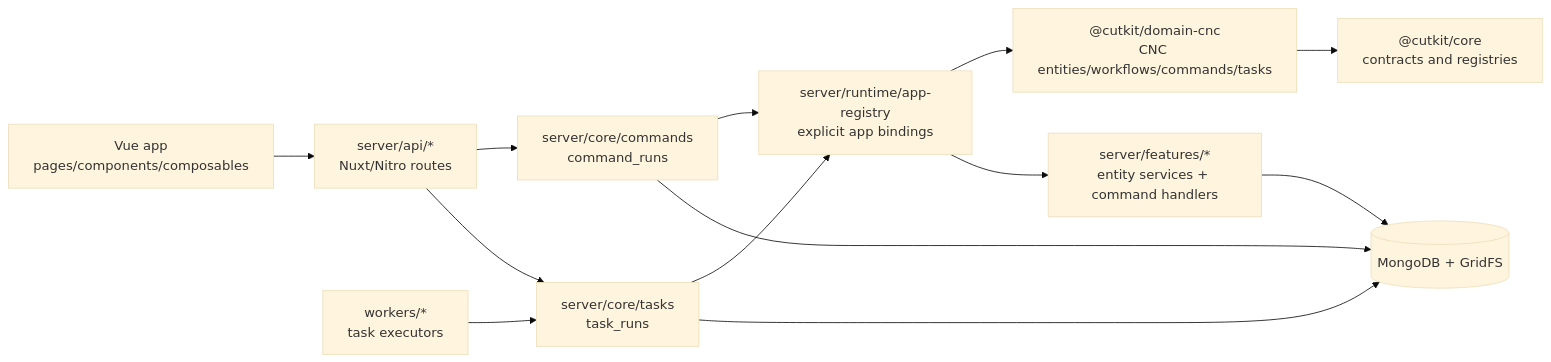
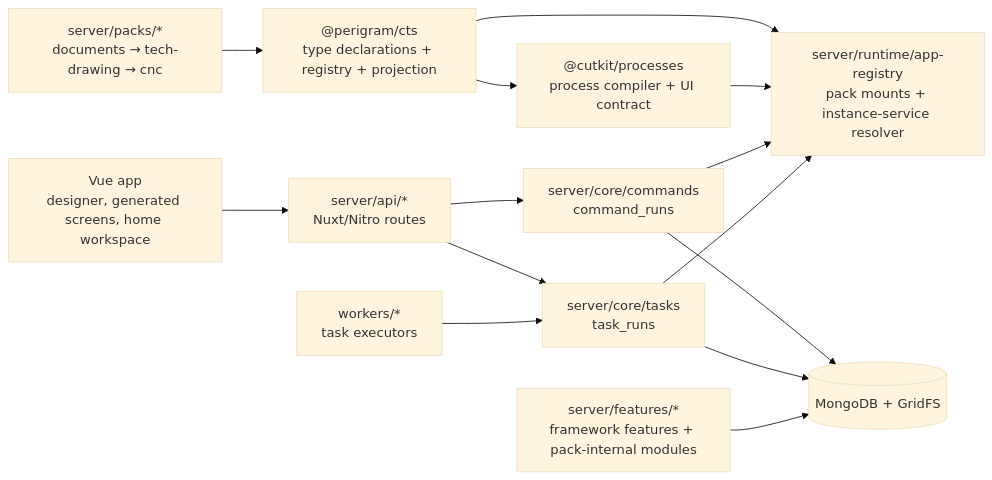
Before and after one commit to Perigram/perigram: the first of 2 diagrams in README.md, drawn with Mermaid (base theme). The commit also changed other lines of this file and 4 other files, not shown here.

First line of the commit message:
neo: system docs describe the CTS reality — packs, projection, instance services

````diff
--- a/README.md
+++ b/README.md
@@ -8,26 +13,28 @@
 ```mermaid
 flowchart LR
-  Core["@cutkit/core<br/>contracts and registries"]
-  Domain["@cutkit/domain-cnc<br/>CNC entities/workflows/commands/tasks"]
-  Runtime["server/runtime/app-registry<br/>explicit app bindings"]
+  Cts["@perigram/cts<br/>type declarations + registry + projection"]
+  Packs["server/packs/*<br/>documents → tech-drawing → cnc"]
+  Compiler["@cutkit/processes<br/>process compiler + UI contract"]
+  Runtime["server/runtime/app-registry<br/>pack mounts + instance-service resolver"]
   Commands["server/core/commands<br/>command_runs"]
   Tasks["server/core/tasks<br/>task_runs"]
-  Features["server/features/*<br/>entity services + command handlers"]
+  Features["server/features/*<br/>framework features + pack-internal modules"]
   API["server/api/*<br/>Nuxt/Nitro routes"]
-  UI["Vue app<br/>pages/components/composables"]
+  UI["Vue app<br/>designer, generated screens, home workspace"]
   Workers["workers/*<br/>task executors"]
   Mongo[(MongoDB + GridFS)]
 
-  Domain --> Core
-  Runtime --> Domain
-  Runtime --> Features
+  Packs --> Cts
+  Cts --> Compiler
+  Cts --> Runtime
+  Compiler --> Runtime
   API --> Commands
   API --> Tasks
   Commands --> Runtime
   Tasks --> Runtime
   Commands --> Mongo
   Tasks --> Mongo
   Features --> Mongo
   UI --> API
   Workers --> Tasks
 ```
````
